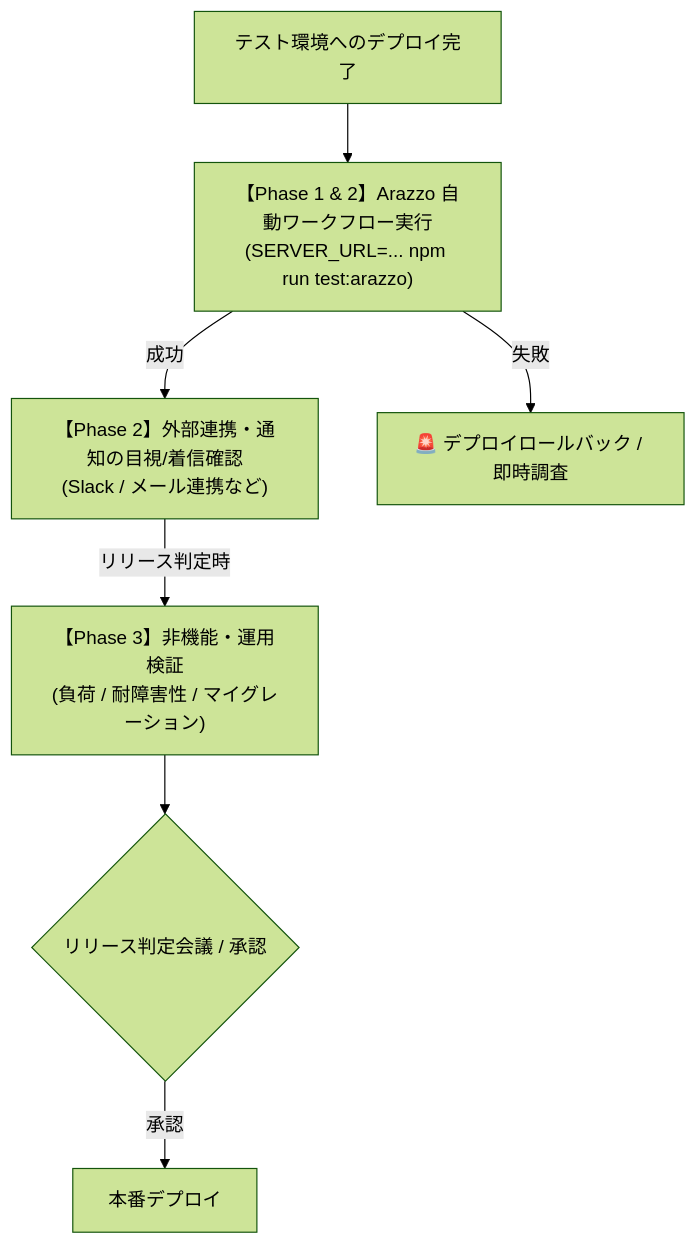
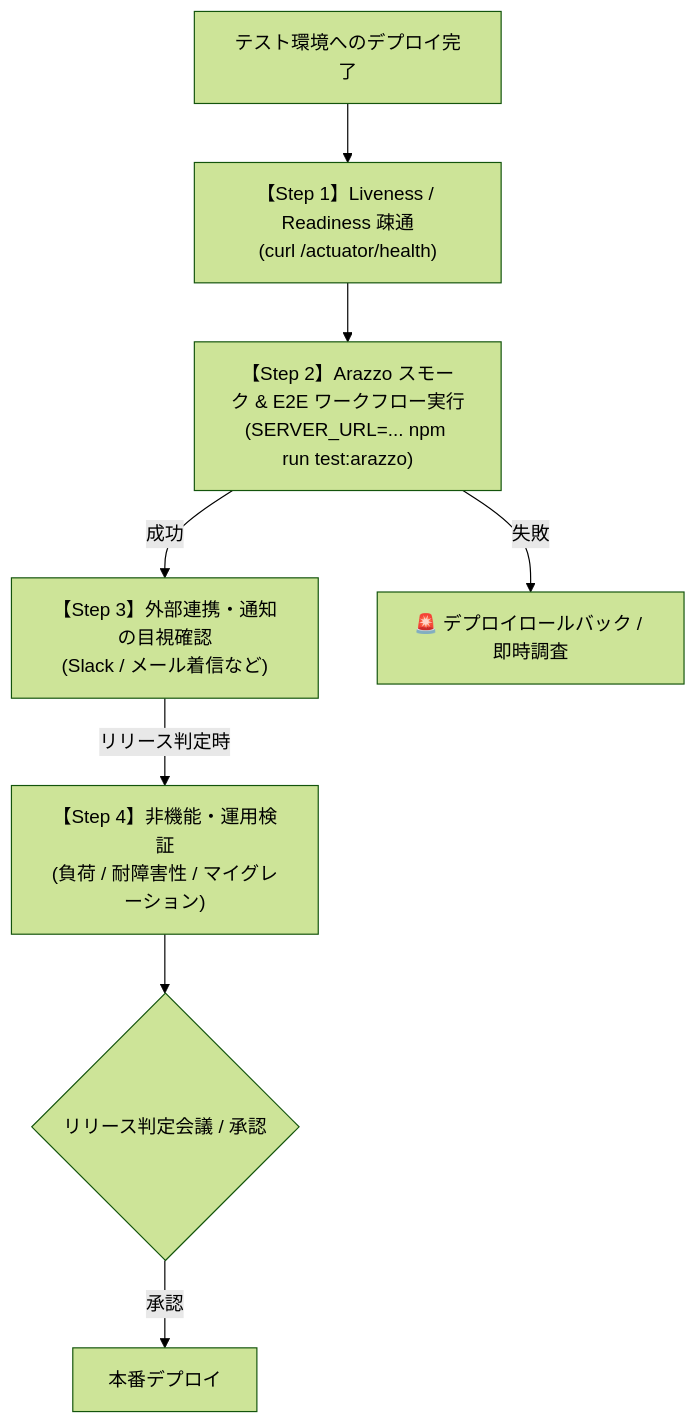
Before and after one commit to tom009924/sandbox: the diagram in docs/testing/test-environment-specification.md, drawn with Mermaid (forest theme). The commit also changed other lines of this file and 2 other files, not shown here.

First line of the commit message:
docs: unify smoke and E2E testing into Arazzo workflow and remove smoke-test.sh

````diff
--- a/docs/testing/test-environment-specification.md
+++ b/docs/testing/test-environment-specification.md
@@ -12,9 +12,10 @@
 ```mermaid
 flowchart TD
-    Deploy["テスト環境へのデプロイ完了"] --> Phase1["【Phase 1 & 2】Arazzo 自動ワークフロー実行\n(SERVER_URL=... npm run test:arazzo)"]
-    Phase1 -->|成功| Phase2Manual["【Phase 2】外部連携・通知の目視/着信確認\n(Slack / メール連携など)"]
-    Phase1 -->|失敗| Alert1["🚨 デプロイロールバック / 即時調査"]
-    Phase2Manual -->|リリース判定時| Phase3["【Phase 3】非機能・運用検証\n(負荷 / 耐障害性 / マイグレーション)"]
-    Phase3 --> ReleaseGate{"リリース判定会議 / 承認"}
+    Deploy["テスト環境へのデプロイ完了"] --> HealthCheck["【Step 1】Liveness / Readiness 疎通\n(curl /actuator/health)"]
+    HealthCheck --> Arazzo["【Step 2】Arazzo スモーク & E2E ワークフロー実行\n(SERVER_URL=... npm run test:arazzo)"]
+    Arazzo -->|成功| Notification["【Step 3】外部連携・通知の目視確認\n(Slack / メール着信など)"]
+    Arazzo -->|失敗| Alert1["🚨 デプロイロールバック / 即時調査"]
+    Notification -->|リリース判定時| NonFunctional["【Step 4】非機能・運用検証\n(負荷 / 耐障害性 / マイグレーション)"]
+    NonFunctional --> ReleaseGate{"リリース判定会議 / 承認"}
     ReleaseGate -->|承認| ProdDeploy["本番デプロイ"]
 ```
````
